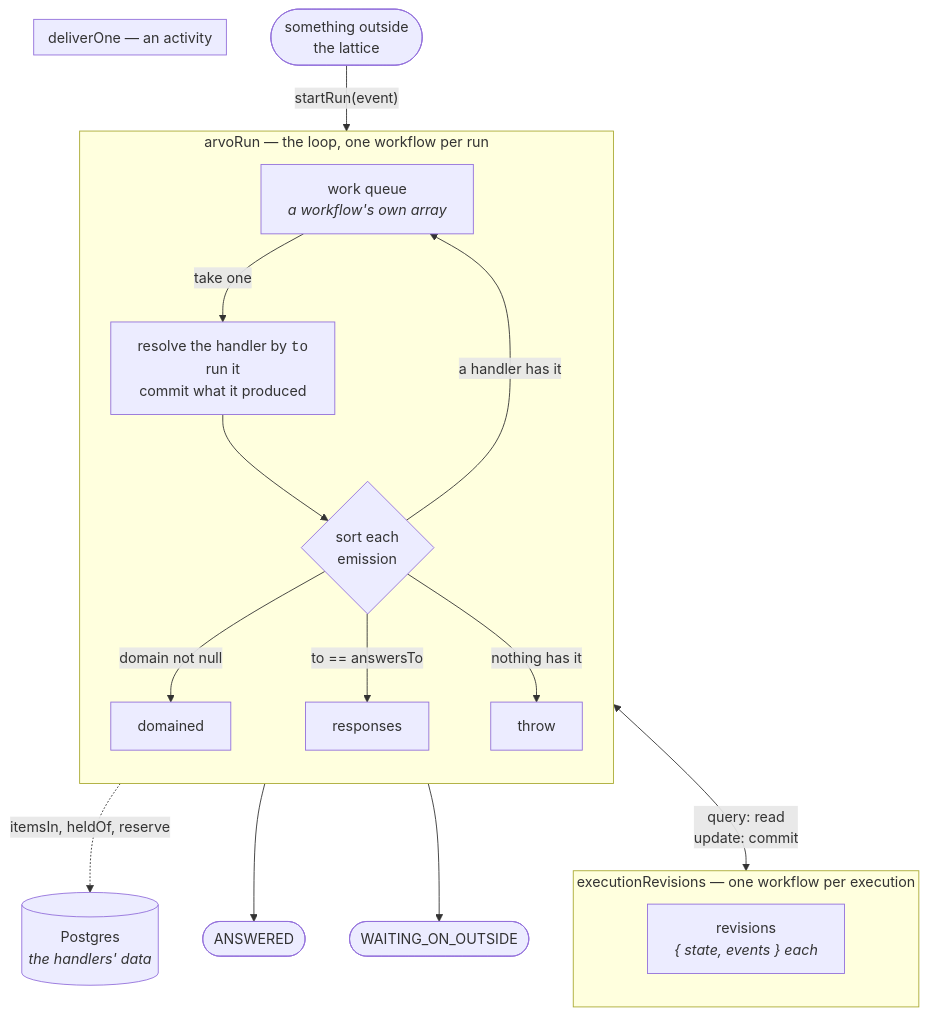
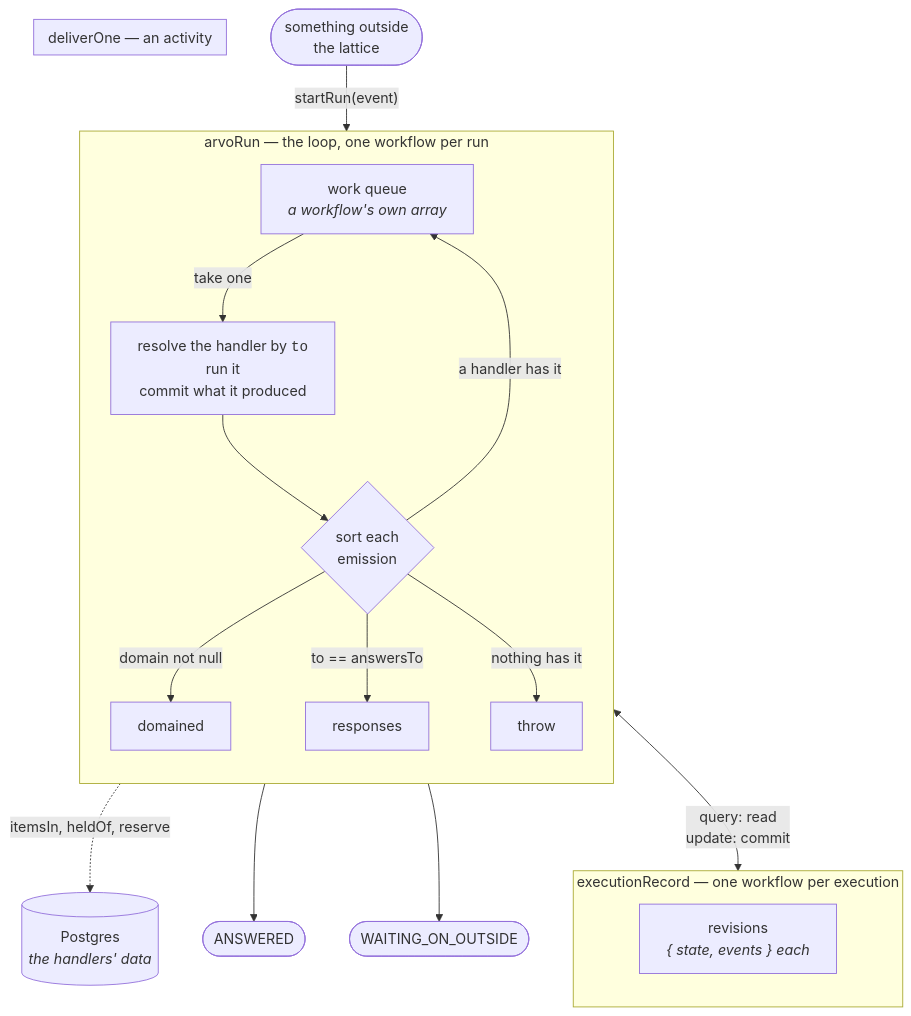
The first of 3 diagrams in ts/sandbox/src/distributed/temporal/README.md (SaadAhmad123/arvo-core), drawn with Mermaid before and after one commit. The commit also changed other lines of this file and 3 other files, not shown here.

First line of the commit message:
refactor(sandbox): the record workflow is named for the record

````diff
--- a/ts/sandbox/src/distributed/temporal/README.md
+++ b/ts/sandbox/src/distributed/temporal/README.md
@@ -20,32 +20,32 @@
 ```mermaid
 flowchart TB
     caller(["something outside<br/>the lattice"])
 
     subgraph run["arvoRun — the loop, one workflow per run"]
         direction TB
         work["work queue<br/><i>a workflow's own array</i>"]
         sort{"sort each<br/>emission"}
         work -->|take one| deliver
         deliver --> sort
         sort -->|"domain not null"| domained["domained"]
         sort -->|"to == answersTo"| responses["responses"]
         sort -->|"a handler has it"| work
         sort -->|"nothing has it"| boom["throw"]
     end
 
     subgraph activity["deliverOne — an activity"]
         direction TB
         deliver["resolve the handler by <code>to</code><br/>run it<br/>commit what it produced"]
     end
 
-    subgraph record["executionRevisions — one workflow per execution"]
+    subgraph record["executionRecord — one workflow per execution"]
         direction TB
         revisions["revisions<br/><i>{ state, events } each</i>"]
     end
 
     caller -->|"startRun(event)"| work
     deliver <-->|"query: read<br/>update: commit"| revisions
     deliver -.->|"itemsIn, heldOf, reserve"| pg[("Postgres<br/><i>the handlers' data</i>")]
     responses --> out(["ANSWERED"])
     domained --> wait(["WAITING_ON_OUTSIDE"])
 ```
````
